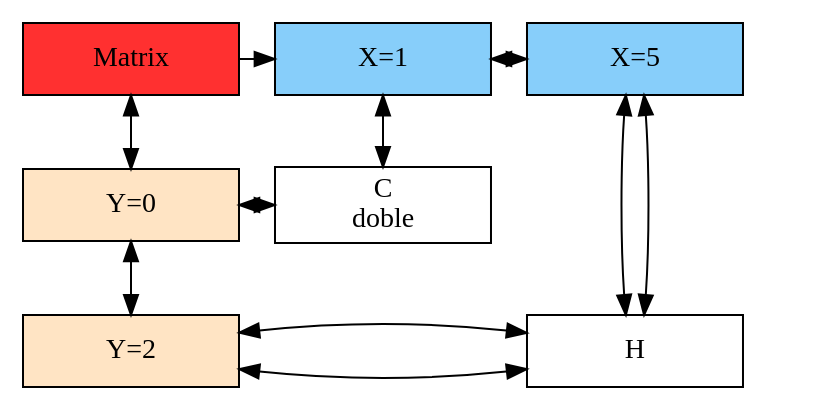
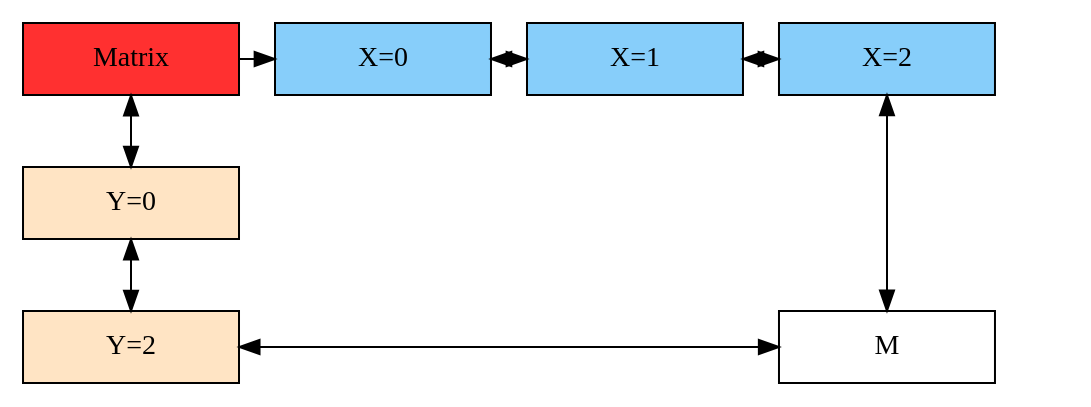
The diagram in EDD_Proyecto1/EDD_Proyecto1/Matrix.dot (elJuanjoRamos/EDD_1S2020_PY1_201801262), drawn with Graphviz before and after one commit. The commit also changed 24 other files, not shown here.

```diff
--- a/EDD_Proyecto1/EDD_Proyecto1/Matrix.dot
+++ b/EDD_Proyecto1/EDD_Proyecto1/Matrix.dot
@@ -1,29 +1,24 @@
 digraph Sparce_Matrix { 
  node [shape=box]
 	Mt[ label = "Matrix", width = 1.5, style = filled, fillcolor = firebrick1, group = 1 ];
 	e0[ shape = point, width = 0 ];
 e1[shape = point, width = 0];
-Nodox2 [label = "X=5"width = 1.5 style = filled, fillcolor = lightskyblue, group =2];
-Nodoy3->Nodoy4[constraint=false, dir=both];
+Nodox2 [label = "X=0" width = 1.5 style = filled, fillcolor = lightskyblue, group =2];
 Nodox5 [label = "X=1" width = 1.5 style = filled, fillcolor = lightskyblue, group =5];
-Nodox2 [label = "X=5"width = 1.5 style = filled, fillcolor = lightskyblue, group =2];
-Nodoy6->Nodoy7[constraint=false, dir=both];
-Nodoy3->Nodoy4[constraint=false, dir=both];
-Nodoy3 [label = "Y=2"width = 1.5 style = filled, fillcolor = bisque1, group = 1  ];
-Nodox2->Nodoy4[dir=both]
-Nodoy6 [label = "Y=0" width = 1.5 style = filled, fillcolor = bisque1, group = 1  ];
-Nodoy3 [label = "Y=2"width = 1.5 style = filled, fillcolor = bisque1, group = 1  ];
-Nodox5->Nodoy7[dir=both]
-Nodox2->Nodoy4[dir=both]
-Mt->Nodox5;
-Nodox5->Nodox2[dir=both];
-Mt->Nodoy6[dir=both];
-Nodoy6->Nodoy3[dir=both];
- { rank = same; Mt; Nodox5; Nodox2}
-Nodoy6[label = "Y=0" width = 1.5, group = 1];
-Nodoy7[label = "C\n doble" width = 1.5, group = 5];
-Nodoy3[label = "Y=2" width = 1.5, group = 1];
-Nodoy4[label = "H" width = 1.5, group = 2];
-{rank= same; Nodoy6;Nodoy7}
- {rank=same;Nodoy3;Nodoy4}
+Nodox7 [label = "X=2"width = 1.5 style = filled, fillcolor = lightskyblue, group =7];
+Nodoy8->Nodoy9[constraint=false, dir=both];
+Nodoy3 [label = "Y=0" width = 1.5 style = filled, fillcolor = bisque1, group = 1  ];
+Nodoy8 [label = "Y=2"width = 1.5 style = filled, fillcolor = bisque1, group = 1  ];
+Nodox7->Nodoy9[dir=both]
+Mt->Nodox2;
+Nodox2->Nodox5[dir=both];
+Nodox5->Nodox7[dir=both];
+Mt->Nodoy3[dir=both];
+Nodoy3->Nodoy8[dir=both];
+ { rank = same; Mt; Nodox2; Nodox5; Nodox7}
+Nodoy3[label = "Y=0" width = 1.5, group = 1];
+Nodoy8[label = "Y=2" width = 1.5, group = 1];
+Nodoy9[label = "M" width = 1.5, group = 7];
+{rank= same; Nodoy3}
+ {rank=same;Nodoy8;Nodoy9}
 }
```
